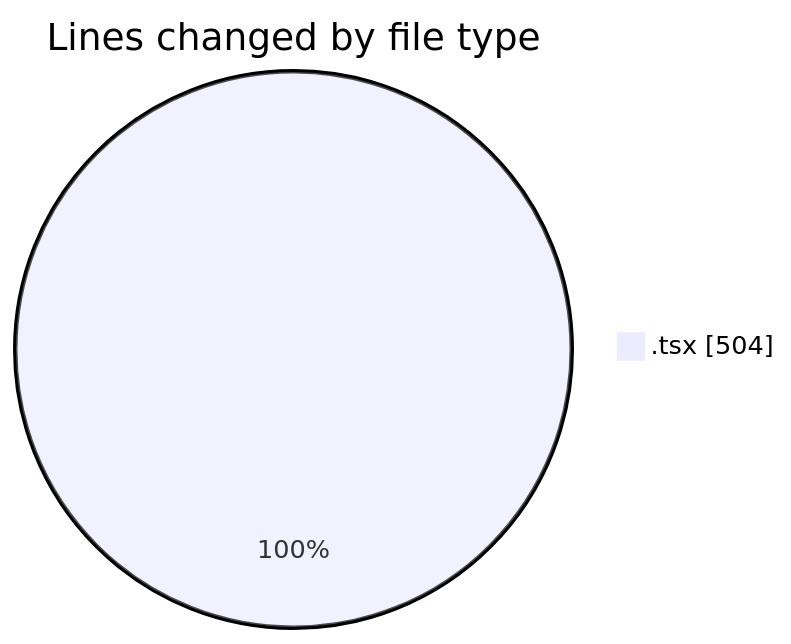
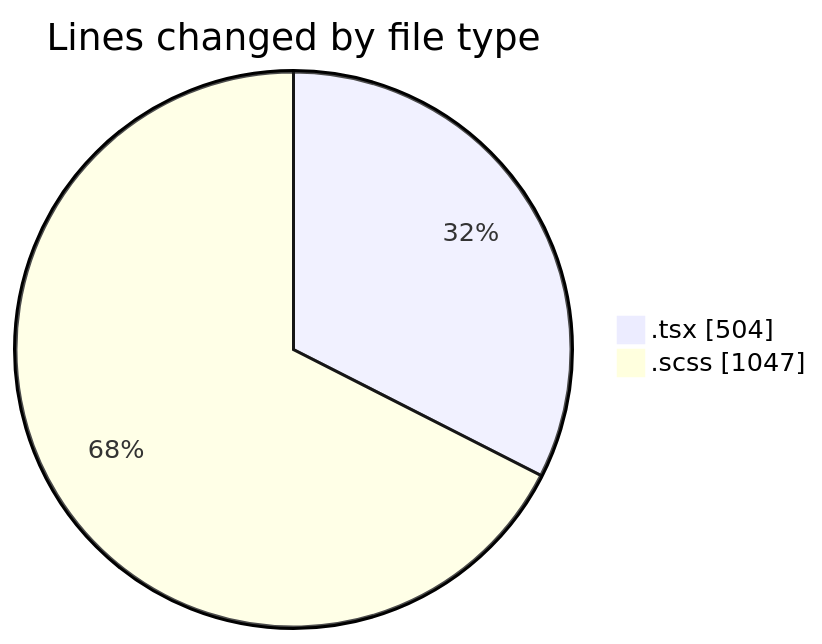
The first of 2 diagrams in 2026-02-23/cda/README.md (momahboobian/code-tracking), drawn with Mermaid before and after one commit. The commit also changed other lines of this file and 1 other file, not shown here.

````diff
--- a/2026-02-23/cda/README.md
+++ b/2026-02-23/cda/README.md
@@ -20,5 +21,6 @@
 ```mermaid
 pie showData
 title Lines changed by file type
 ".tsx" : 504
+".scss" : 1047
 ```
````
